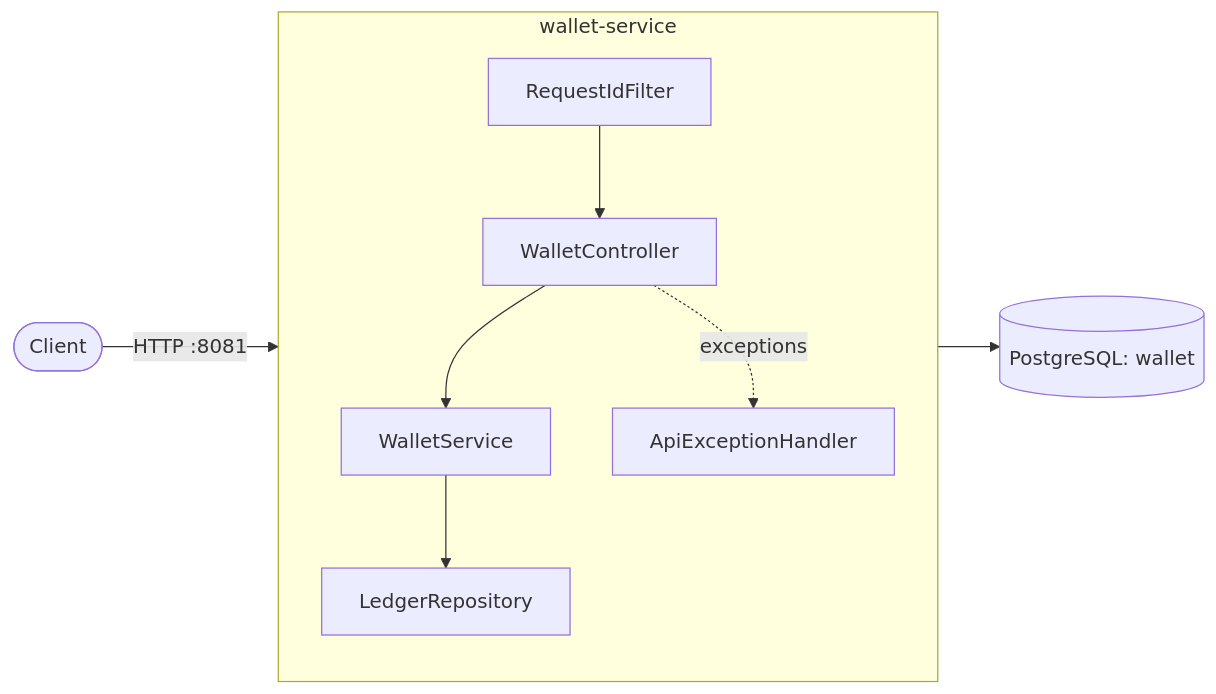
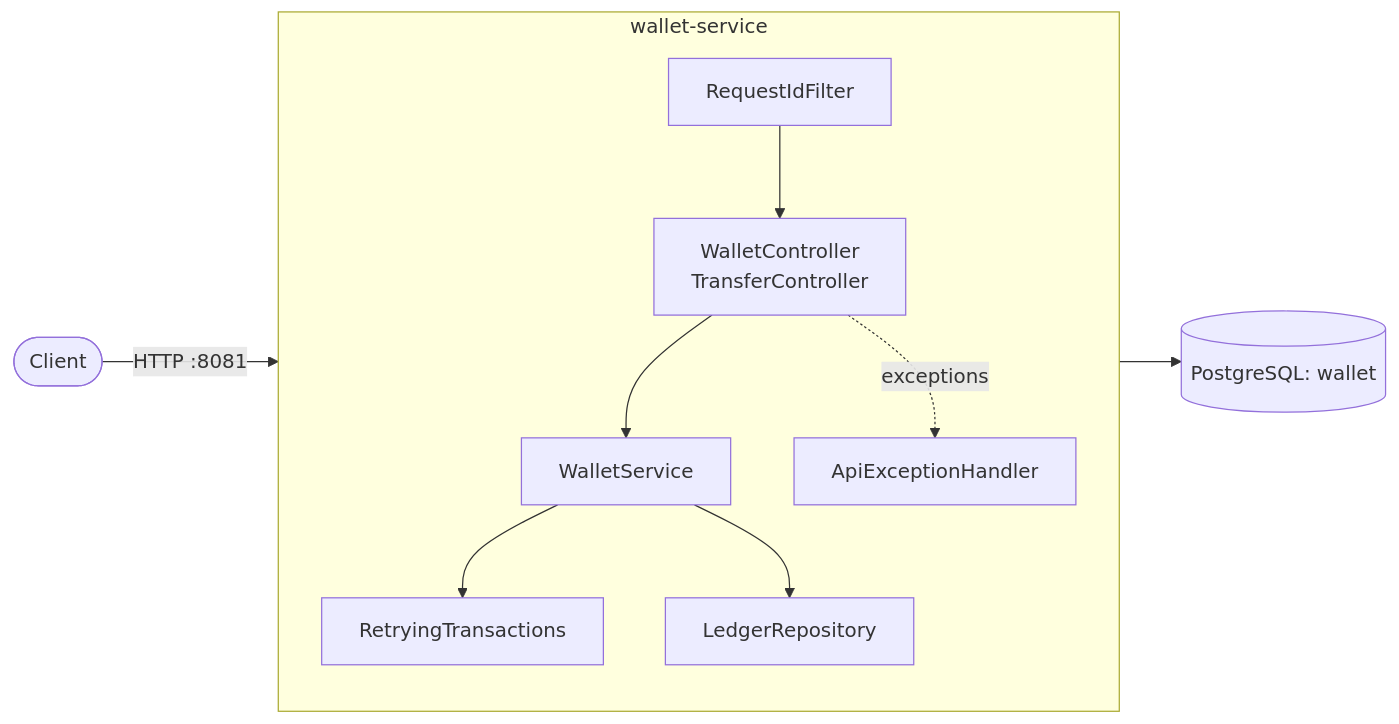
One commit to Aestheticsuraj234/payments-microservices-springboot changed the diagram in docs/architecture.md. Above: the diagram before and after it, drawn with Mermaid. The commit also changed other lines of this file and 15 other files, not shown here.

````diff
--- a/docs/architecture.md
+++ b/docs/architecture.md
@@ -9,12 +9,13 @@
 ```mermaid
 flowchart LR
     client([Client]) -->|HTTP :8081| wallet
     subgraph wallet[wallet-service]
         direction TB
-        f[RequestIdFilter] --> c[WalletController]
+        f[RequestIdFilter] --> c[WalletController<br/>TransferController]
         c --> s[WalletService]
+        s --> rt[RetryingTransactions]
         s --> r[LedgerRepository]
         c -. exceptions .-> h[ApiExceptionHandler]
     end
     r --> db[(PostgreSQL: wallet)]
 ```
````
